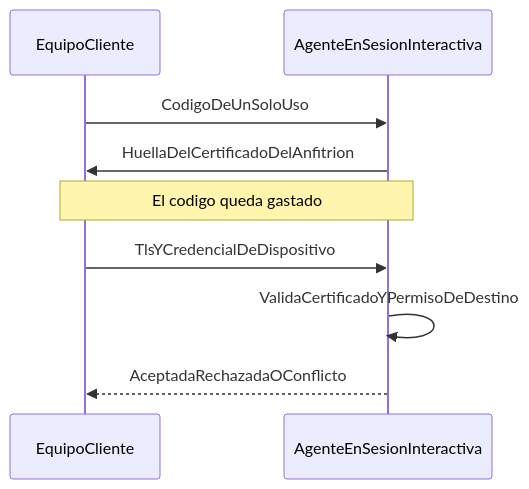
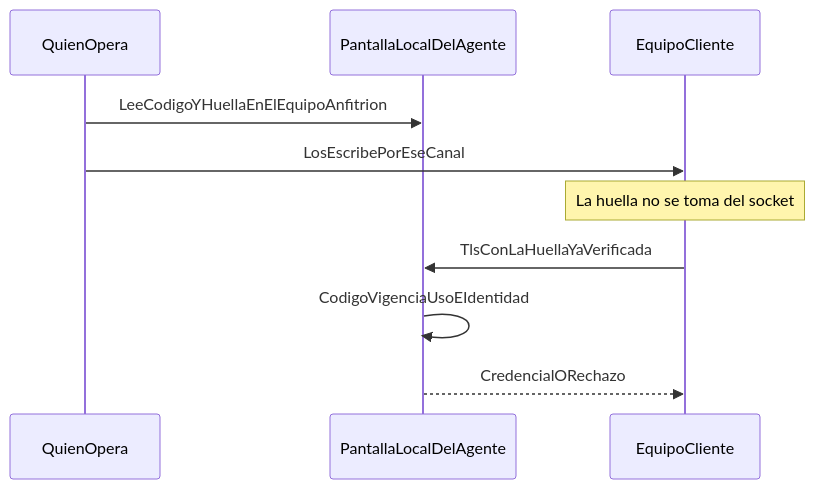
One commit to LoyaliZA/neobash-print-bridge changed the fourth of 8 diagrams in docs/plans/02-arquitectura-a2-b1.md. Above: the diagram before and after it, drawn with Mermaid. The commit also changed other lines of this file and 6 other files, not shown here.

First line of the commit message:
docs: tighten increment 0 contracts after architecture approval

````diff
--- a/docs/plans/02-arquitectura-a2-b1.md
+++ b/docs/plans/02-arquitectura-a2-b1.md
@@ -92,11 +94,12 @@
 ```mermaid
 sequenceDiagram
+  participant operador as QuienOpera
+  participant agente as PantallaLocalDelAgente
   participant cliente as EquipoCliente
-  participant agente as AgenteEnSesionInteractiva
-  cliente->>agente: CodigoDeUnSoloUso
-  agente->>cliente: HuellaDelCertificadoDelAnfitrion
-  note over cliente,agente: El codigo queda gastado
-  cliente->>agente: TlsYCredencialDeDispositivo
-  agente->>agente: ValidaCertificadoYPermisoDeDestino
-  agente-->>cliente: AceptadaRechazadaOConflicto
+  operador->>agente: LeeCodigoYHuellaEnElEquipoAnfitrion
+  operador->>cliente: LosEscribePorEseCanal
+  note over cliente: La huella no se toma del socket
+  cliente->>agente: TlsConLaHuellaYaVerificada
+  agente->>agente: CodigoVigenciaUsoEIdentidad
+  agente-->>cliente: CredencialORechazo
 ```
````
